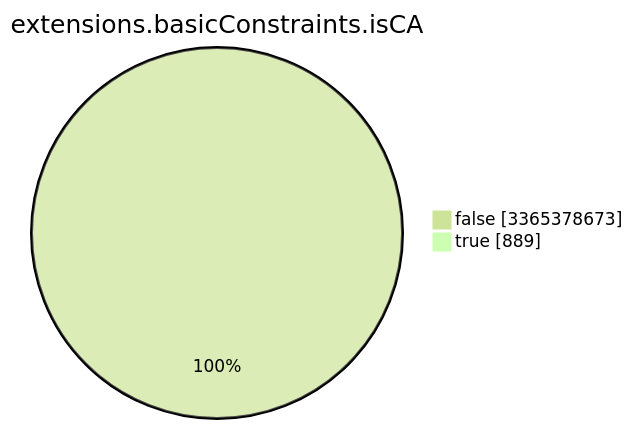
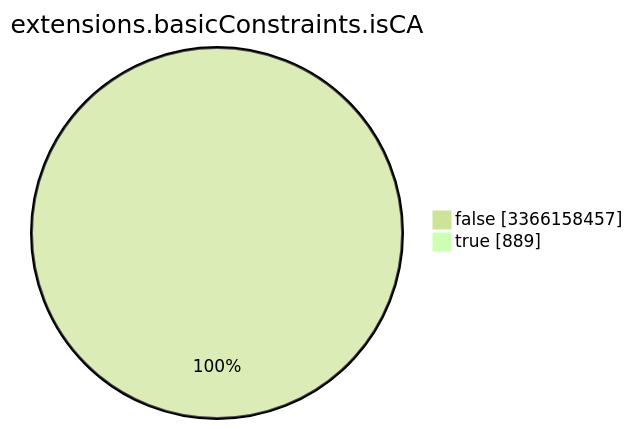
Before and after one commit to christiankrug/ctmonitor_visualization: the seventh of 15 diagrams in TOTAL/README.md, drawn with Mermaid (forest theme). The commit also changed other lines of this file, not shown here.

````diff
--- a/TOTAL/README.md
+++ b/TOTAL/README.md
@@ -3090,6 +3090,6 @@
 ```mermaid
 pie showData
 title extensions.basicConstraints.isCA
-"false" :3365378673
+"false" :3366158457
 "true" :889
 ```
````
